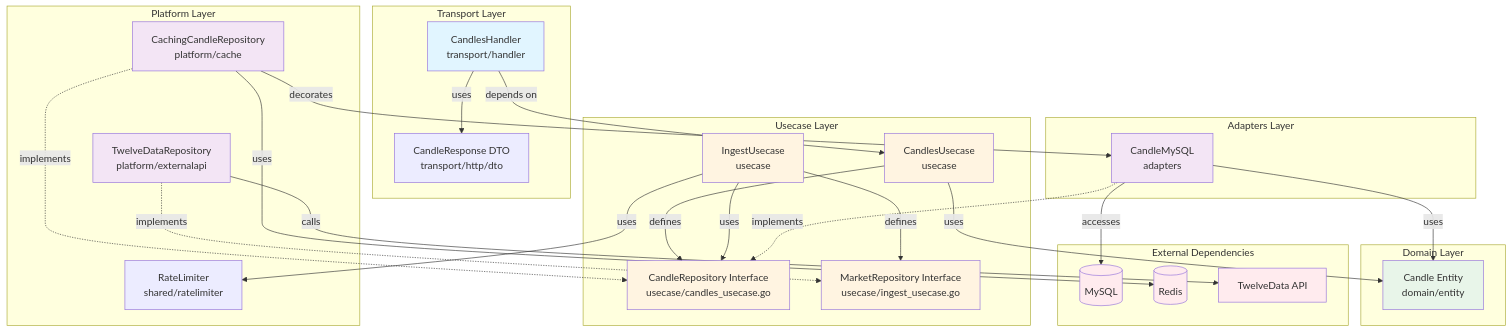
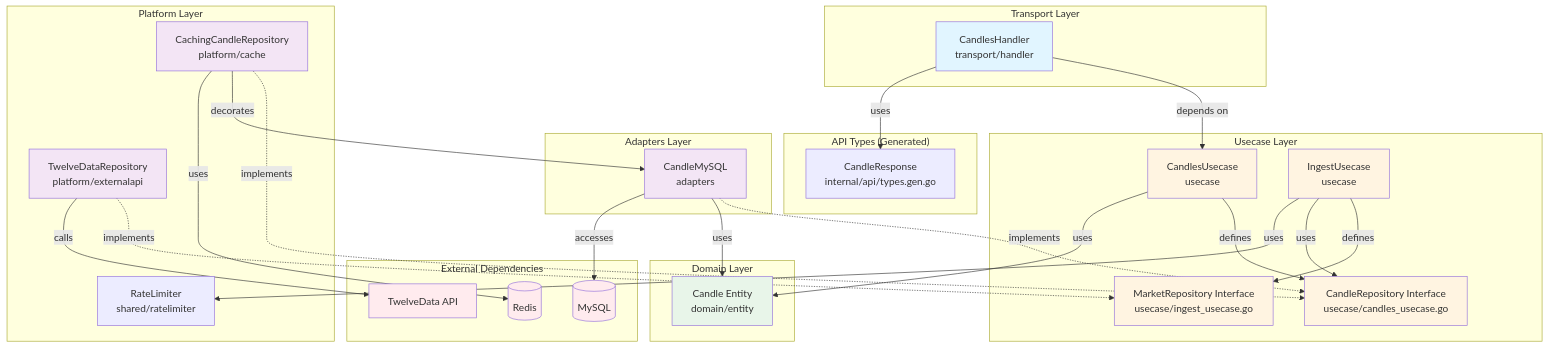
The third of 3 diagrams in internal/feature/candles/README.md (UCHIDAnobuhiro/stock_backend), drawn with Mermaid before and after one commit. The commit also changed other lines of this file and 6 other files, not shown here.

````diff
--- a/internal/feature/candles/README.md
+++ b/internal/feature/candles/README.md
@@ -173,63 +173,66 @@
 ```mermaid
 graph TB
     subgraph "Transport Layer"
         Handler[CandlesHandler<br/>transport/handler]
-        DTO[CandleResponse DTO<br/>transport/http/dto]
+    end
+
+    subgraph "API Types (Generated)"
+        APITypes[CandleResponse<br/>internal/api/types.gen.go]
     end
 
     subgraph "Usecase Layer"
         CandlesUC[CandlesUsecase<br/>usecase]
         IngestUC[IngestUsecase<br/>usecase]
         RepoInterface[CandleRepository Interface<br/>usecase/candles_usecase.go]
         MarketInterface[MarketRepository Interface<br/>usecase/ingest_usecase.go]
     end
 
     subgraph "Domain Layer"
         Entity[Candle Entity<br/>domain/entity]
     end
 
     subgraph "Adapters Layer"
         RepoImpl[CandleMySQL<br/>adapters]
     end
 
     subgraph "Platform Layer"
         Cache[CachingCandleRepository<br/>platform/cache]
         TwelveData[TwelveDataRepository<br/>platform/externalapi]
         RateLimiter[RateLimiter<br/>shared/ratelimiter]
     end
 
     subgraph "External Dependencies"
         DB[(MySQL)]
         Redis[(Redis)]
         API[TwelveData API]
     end
 
     Handler -->|depends on| CandlesUC
-    Handler -->|uses| DTO
+    Handler -->|uses| APITypes
     CandlesUC -->|defines| RepoInterface
     CandlesUC -->|uses| Entity
     IngestUC -->|defines| MarketInterface
     IngestUC -->|uses| RepoInterface
     IngestUC -->|uses| RateLimiter
     Cache -.->|implements| RepoInterface
     Cache -->|decorates| RepoImpl
     Cache -->|uses| Redis
     RepoImpl -.->|implements| RepoInterface
     RepoImpl -->|uses| Entity
     RepoImpl -->|accesses| DB
     TwelveData -.->|implements| MarketInterface
     TwelveData -->|calls| API
 
     style Handler fill:#e1f5ff
     style CandlesUC fill:#fff4e1
     style IngestUC fill:#fff4e1
     style Entity fill:#e8f5e9
     style RepoInterface fill:#fff4e1
     style MarketInterface fill:#fff4e1
     style RepoImpl fill:#f3e5f5
     style Cache fill:#f3e5f5
     style TwelveData fill:#f3e5f5
     style DB fill:#ffebee
     style Redis fill:#ffebee
     style API fill:#ffebee
 ```
````
